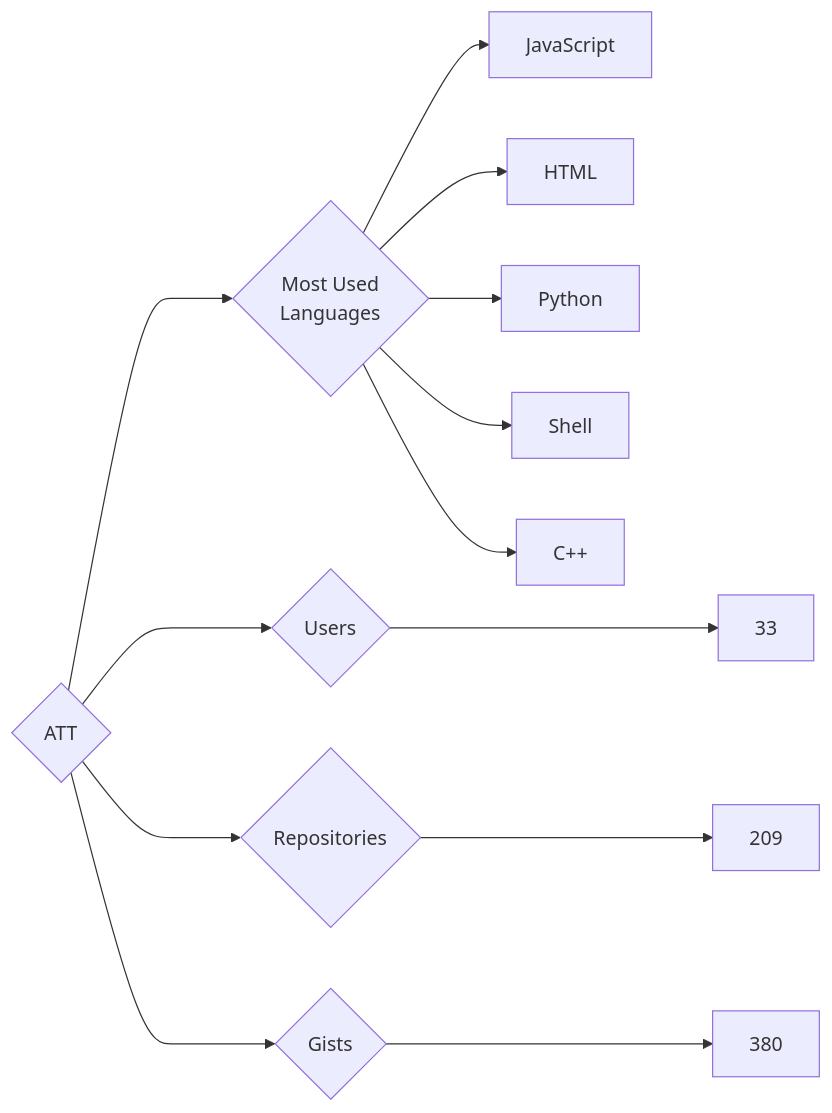
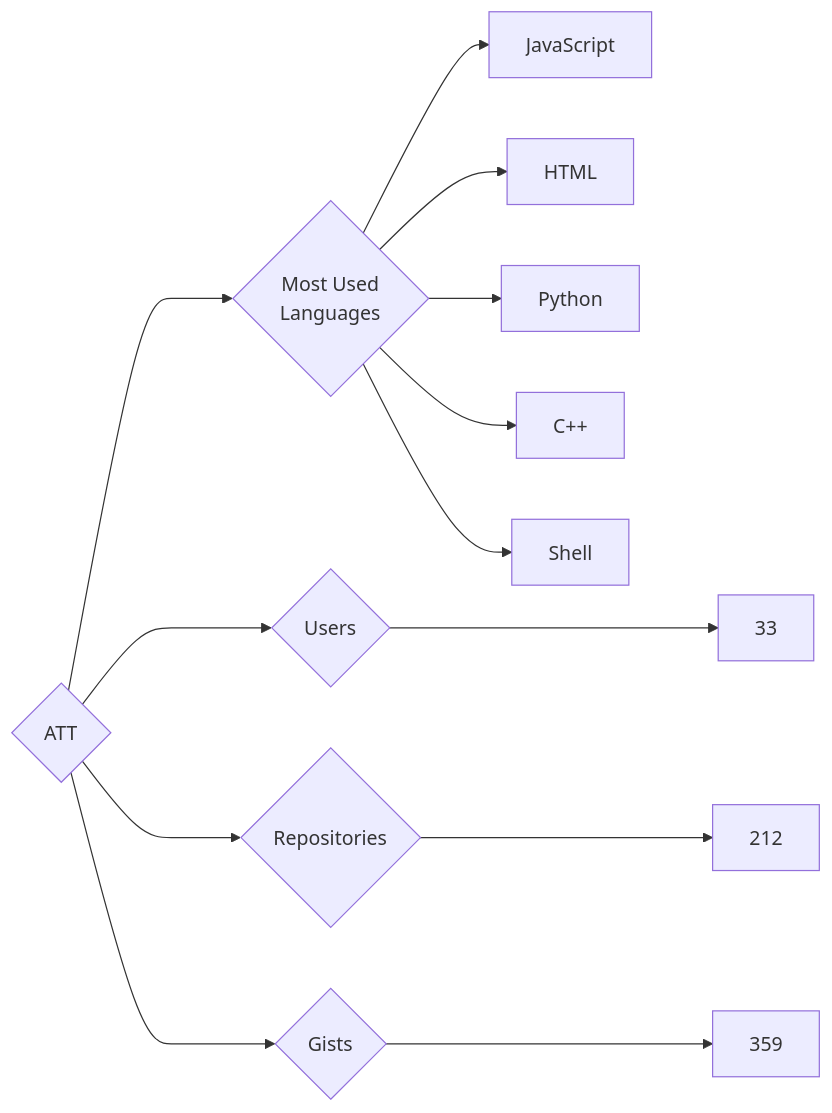
One commit to trickest/insiders changed the diagram in targets/ATT/README.md. Above: the diagram before and after it, drawn with Mermaid. The commit also changed 1084 other files, not shown here.

````diff
--- a/targets/ATT/README.md
+++ b/targets/ATT/README.md
@@ -3,13 +3,13 @@
 ```mermaid
 graph LR
 COMPANY_NAME{ATT}
 COMPANY_NAME ---> U{Users} ---> UN[33]
-COMPANY_NAME ---> R{Repositories} ---> RN[209]
-COMPANY_NAME ---> G{Gists} ---> GN[380]
+COMPANY_NAME ---> R{Repositories} ---> RN[212]
+COMPANY_NAME ---> G{Gists} ---> GN[359]
 COMPANY_NAME ---> ML{Most Used<br>Languages}
 ML --> JavaScript[JavaScript]
 ML --> HTML[HTML]
 ML --> Python[Python]
+ML --> C++[C++]
 ML --> Shell[Shell]
-ML --> C++[C++]
 ```
````
